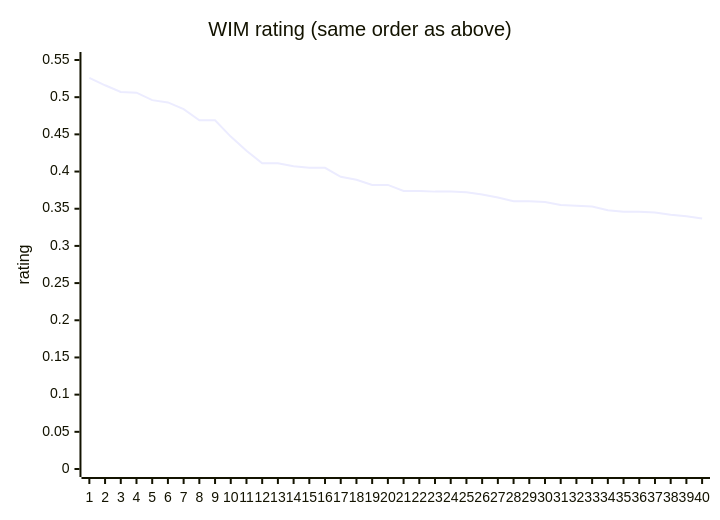
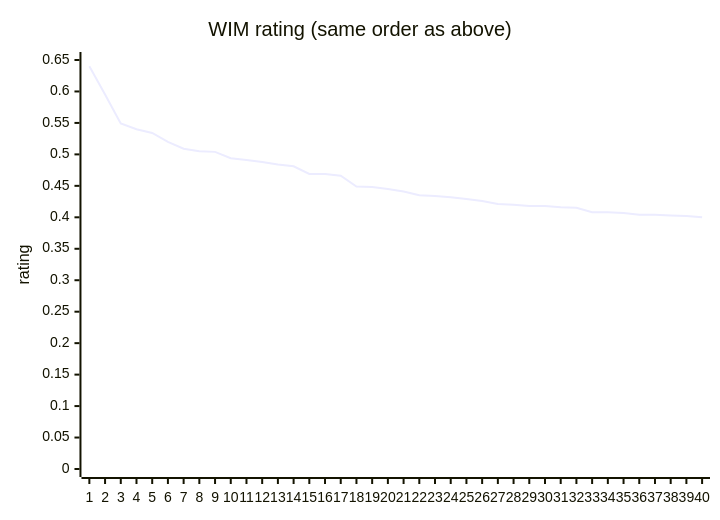
Before and after one commit to ayaan-rulhania/weighted-impact-metric-cricket: the fifth of 5 diagrams in test.md, drawn with Mermaid. The commit also changed other lines of this file and 3 other files, not shown here.

````diff
--- a/test.md
+++ b/test.md
@@ -103,7 +103,7 @@
 ```mermaid
 xychart-beta
     title "WIM rating (same order as above)"
     x-axis ["1", "2", "3", "4", "5", "6", "7", "8", "9", "10", "11", "12", "13", "14", "15", "16", "17", "18", "19", "20", "21", "22", "23", "24", "25", "26", "27", "28", "29", "30", "31", "32", "33", "34", "35", "36", "37", "38", "39", "40"]
-    y-axis "rating" 0 --> 0.55
-    line [0.526, 0.516, 0.507, 0.506, 0.496, 0.493, 0.484, 0.469, 0.469, 0.447, 0.428, 0.411, 0.411, 0.407, 0.405, 0.405, 0.393, 0.389, 0.382, 0.382, 0.374, 0.374, 0.373, 0.373, 0.372, 0.369, 0.365, 0.360, 0.360, 0.359, 0.355, 0.354, 0.353, 0.348, 0.346, 0.346, 0.345, 0.342, 0.340, 0.337]
+    y-axis "rating" 0 --> 0.65
+    line [0.640, 0.595, 0.549, 0.540, 0.534, 0.520, 0.509, 0.505, 0.504, 0.494, 0.491, 0.488, 0.484, 0.481, 0.469, 0.469, 0.466, 0.449, 0.448, 0.445, 0.441, 0.435, 0.434, 0.432, 0.429, 0.426, 0.421, 0.420, 0.418, 0.418, 0.416, 0.415, 0.408, 0.408, 0.407, 0.404, 0.404, 0.403, 0.402, 0.400]
 ```
````
